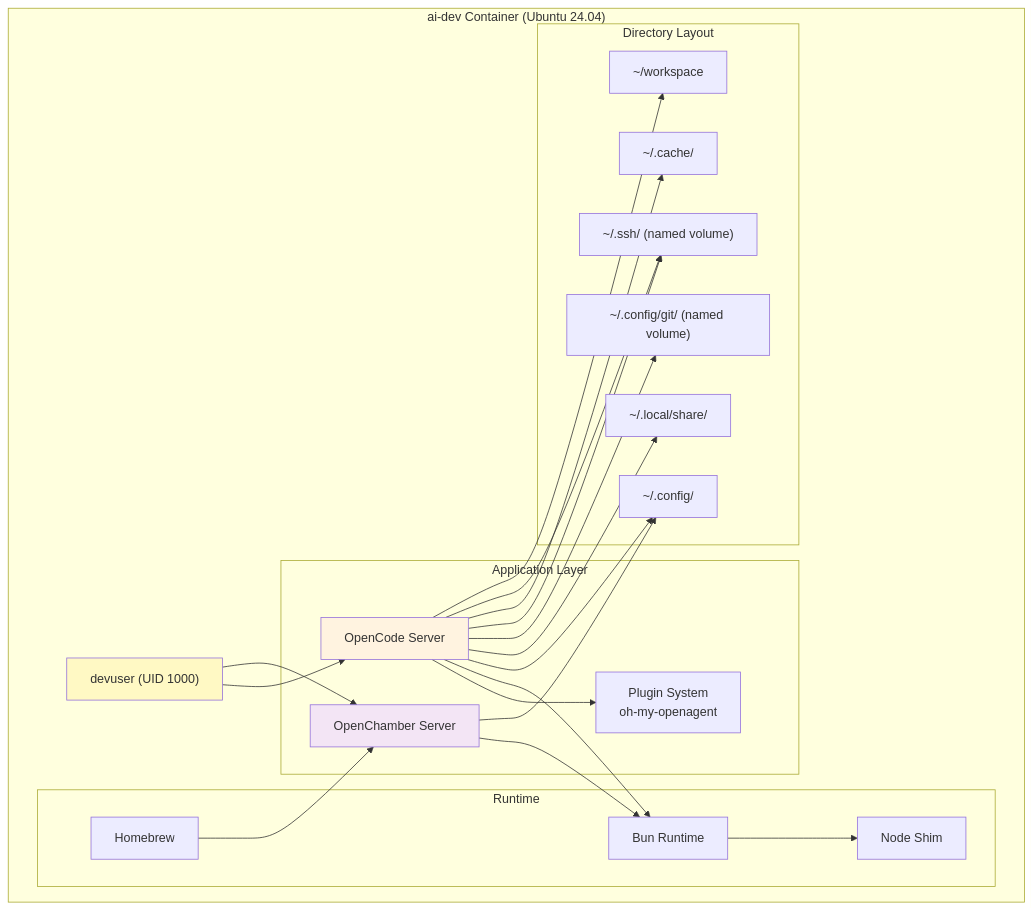
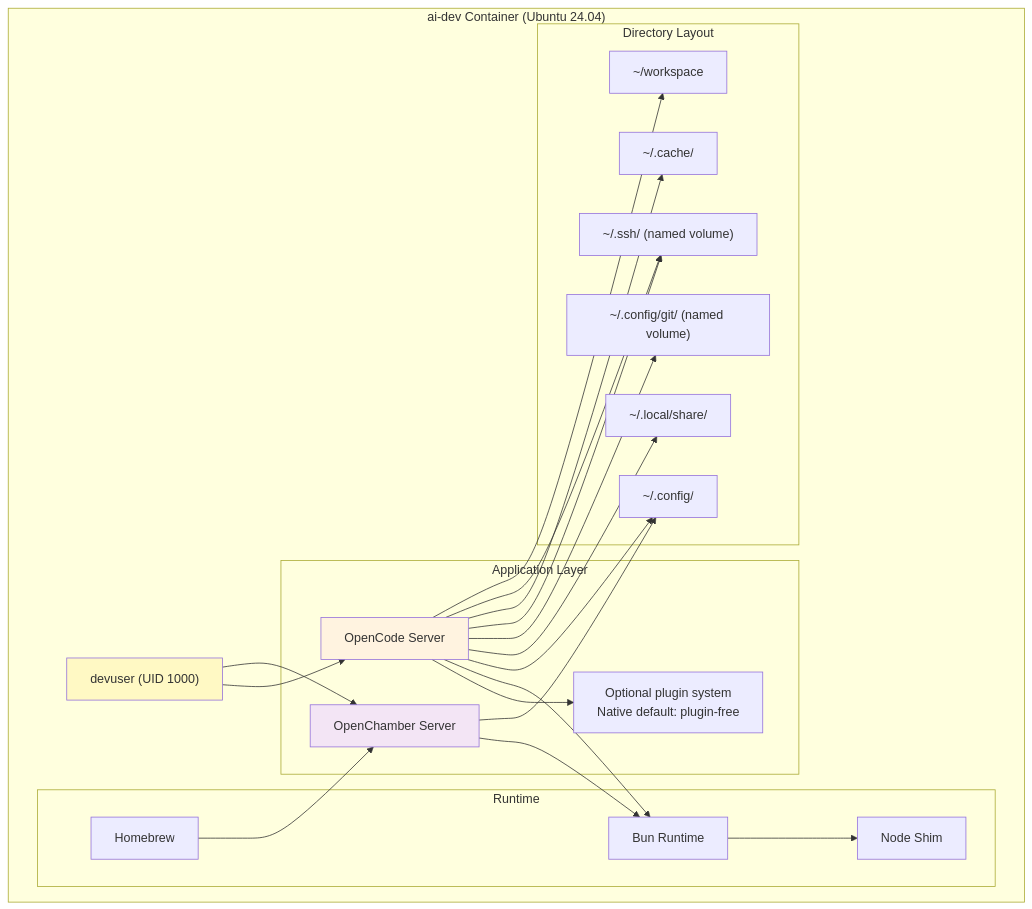
The seventh of 13 diagrams in docs/ARCHITECTURE.md (tryweb/ai-engkit), drawn with Mermaid before and after one commit. The commit also changed other lines of this file and 21 other files, not shown here.

Commit message:
feat: default fresh installs to native agents

````diff
--- a/docs/ARCHITECTURE.md
+++ b/docs/ARCHITECTURE.md
@@ -376,48 +376,48 @@
 ```mermaid
 graph TB
     subgraph "ai-dev Container (Ubuntu 24.04)"
         USER["devuser (UID 1000)"]
 
         subgraph "Application Layer"
             OC_SERVER["OpenCode Server"]
-            OC_PLUGINS["Plugin System<br/>oh-my-openagent"]
+            OC_PLUGINS["Optional plugin system<br/>Native default: plugin-free"]
             CH_SERVER["OpenChamber Server"]
         end
 
         subgraph "Runtime"
             BUN["Bun Runtime"]
             HOMEBREW["Homebrew"]
             NODE_SHIM["Node Shim"]
         end
 
         subgraph "Directory Layout"
             WORKSPACE["~/workspace"]
             CONFIG["~/.config/"]
             DATA["~/.local/share/"]
             CACHE["~/.cache/"]
             SSH["~/.ssh/ (named volume)"]
             GIT["~/.config/git/ (named volume)"]
         end
     end
 
     USER --> OC_SERVER
     USER --> CH_SERVER
     OC_SERVER --> OC_PLUGINS
     OC_SERVER --> BUN
     CH_SERVER --> BUN
     BUN --> NODE_SHIM
     HOMEBREW --> CH_SERVER
 
     OC_SERVER --> CONFIG
     OC_SERVER --> DATA
     OC_SERVER --> GIT
     OC_SERVER --> SSH
     OC_SERVER --> CACHE
     CH_SERVER --> CONFIG
     OC_SERVER --> SSH
     OC_SERVER --> WORKSPACE
 
     style USER fill:#fff9c4
     style OC_SERVER fill:#fff3e0
     style CH_SERVER fill:#f3e5f5
 ```
````
